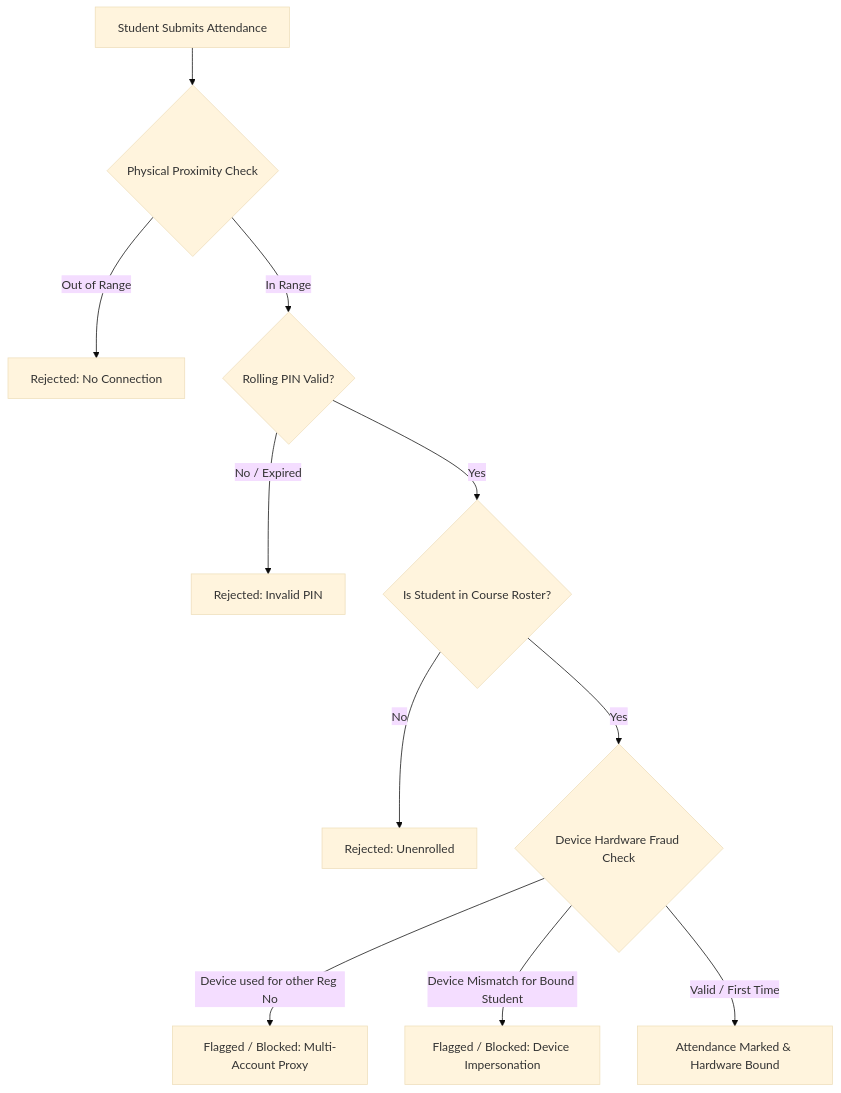
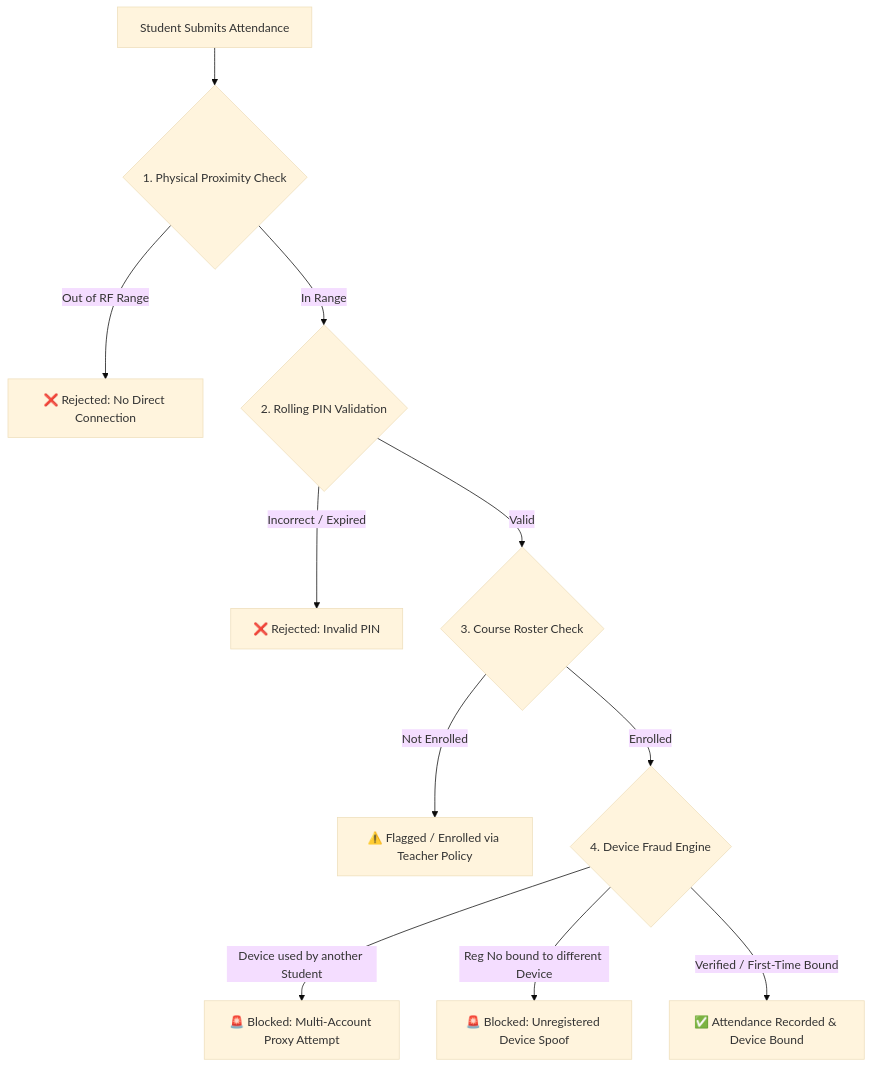
The first of 3 diagrams in README.md (borno18/Android-Project), drawn with Mermaid (base theme) before and after one commit. The commit also changed other lines of this file and 25 other files, not shown here.

Commit message:
Implement full offline proximity attendance system with OCR, Excel/CSV import, anti-proxy engine, reports, and comprehensive README

````diff
--- a/README.md
+++ b/README.md
@@ -77,13 +118,13 @@
 ```mermaid
 graph TD
-    A[Student Submits Attendance] --> B{Physical Proximity Check}
-    B -- Out of Range --> X[Rejected: No Connection]
-    B -- In Range --> C{Rolling PIN Valid?}
-    C -- No / Expired --> Y[Rejected: Invalid PIN]
-    C -- Yes --> D{Is Student in Course Roster?}
-    D -- No --> Z[Rejected: Unenrolled]
-    D -- Yes --> E{Device Hardware Fraud Check}
-    E -- Device used for other Reg No --> F[Flagged / Blocked: Multi-Account Proxy]
-    E -- Device Mismatch for Bound Student --> G[Flagged / Blocked: Device Impersonation]
-    E -- Valid / First Time --> H[Attendance Marked & Hardware Bound]
+    A[Student Submits Attendance] --> B{1. Physical Proximity Check}
+    B -- Out of RF Range --> X[❌ Rejected: No Direct Connection]
+    B -- In Range --> C{2. Rolling PIN Validation}
+    C -- Incorrect / Expired --> Y[❌ Rejected: Invalid PIN]
+    C -- Valid --> D{3. Course Roster Check}
+    D -- Not Enrolled --> Z[⚠️ Flagged / Enrolled via Teacher Policy]
+    D -- Enrolled --> E{4. Device Fraud Engine}
+    E -- Device used by another Student --> F[🚨 Blocked: Multi-Account Proxy Attempt]
+    E -- Reg No bound to different Device --> G[🚨 Blocked: Unregistered Device Spoof]
+    E -- Verified / First-Time Bound --> H[✅ Attendance Recorded & Device Bound]
 ```
````
